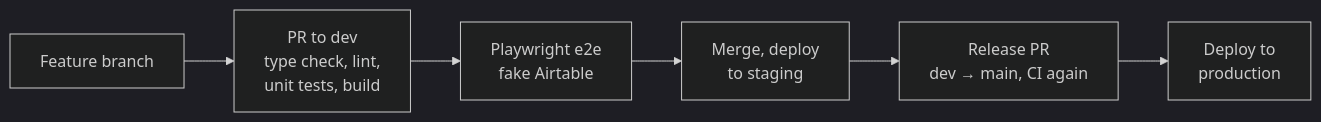
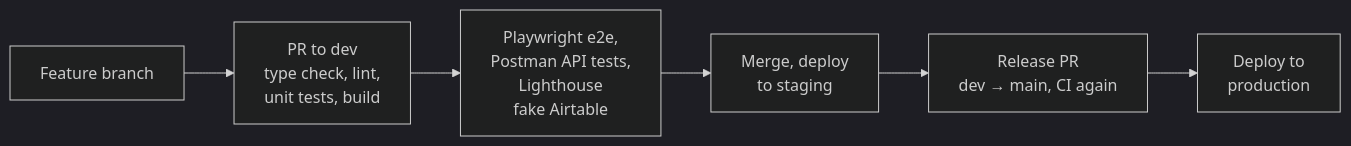
Before and after one commit to SzymonRojek/homepage: the fourth of 4 diagrams in README.md, drawn with Mermaid (dark theme). The commit also changed other lines of this file and 62 other files, not shown here.

````diff
--- a/README.md
+++ b/README.md
@@ -138,8 +154,8 @@
 ```mermaid
 flowchart LR
   branch["Feature branch"] --> pr["PR to dev<br/>type check, lint,<br/>unit tests, build"]
-  pr --> e2e["Playwright e2e<br/>fake Airtable"]
+  pr --> e2e["Playwright e2e,<br/>Postman API tests,<br/>Lighthouse<br/>fake Airtable"]
   e2e --> staging["Merge, deploy<br/>to staging"]
   staging --> main["Release PR<br/>dev → main, CI again"]
   main --> prod["Deploy to<br/>production"]
 ```
````
